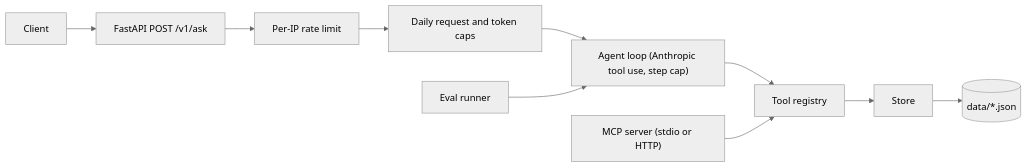
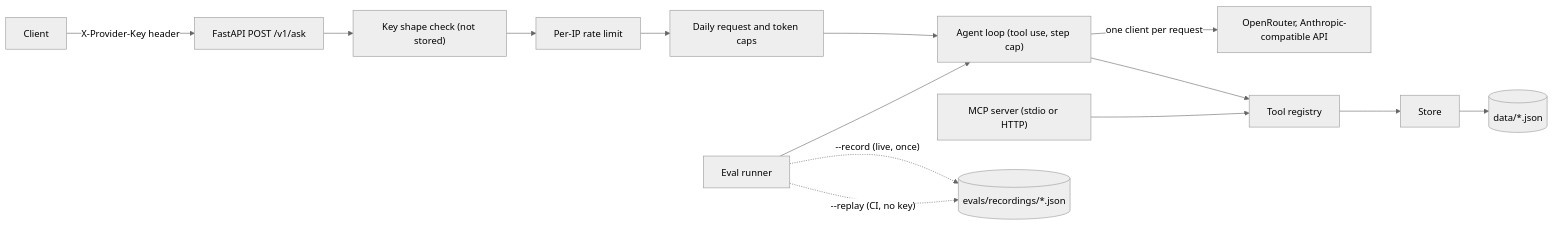
One commit to jdgafx/company-ops-agent changed the diagram in README.md. Above: the diagram before and after it, drawn with Mermaid (neutral theme). The commit also changed other lines of this file and 40 other files, not shown here.

First line of the commit message:
SK.2: bring-your-own-key per request, OpenRouter endpoint, live answers recorded once and replayed in CI with no key

````diff
--- a/README.md
+++ b/README.md
@@ -9,12 +9,16 @@
 ```mermaid
 flowchart LR
-    client[Client] --> ask["FastAPI POST /v1/ask"]
-    ask --> rate["Per-IP rate limit"]
+    client[Client] -->|X-Provider-Key header| ask["FastAPI POST /v1/ask"]
+    ask --> keycheck["Key shape check (not stored)"]
+    keycheck --> rate["Per-IP rate limit"]
     rate --> daily["Daily request and token caps"]
-    daily --> loop["Agent loop (Anthropic tool use, step cap)"]
+    daily --> loop["Agent loop (tool use, step cap)"]
+    loop -->|one client per request| model["OpenRouter, Anthropic-compatible API"]
     loop --> reg["Tool registry"]
     reg --> store["Store"]
     store --> data[("data/*.json")]
     mcp["MCP server (stdio or HTTP)"] --> reg
     evals["Eval runner"] --> loop
+    evals -. "--record (live, once)" .-> rec[("evals/recordings/*.json")]
+    evals -. "--replay (CI, no key)" .-> rec
 ```
````
